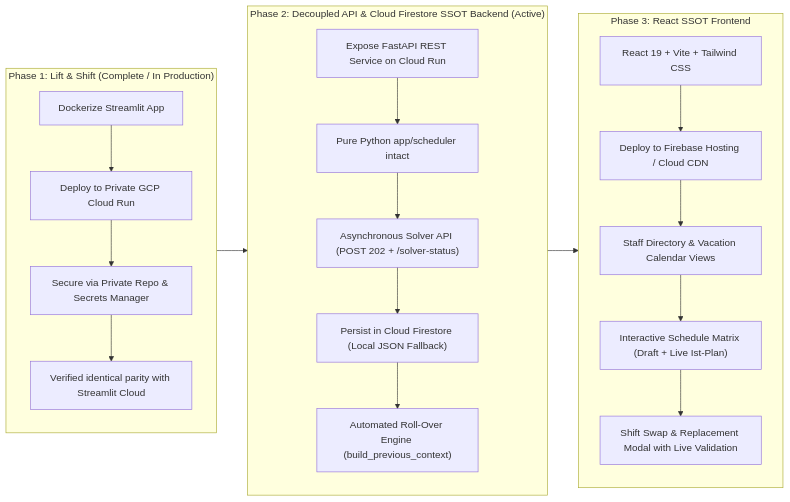
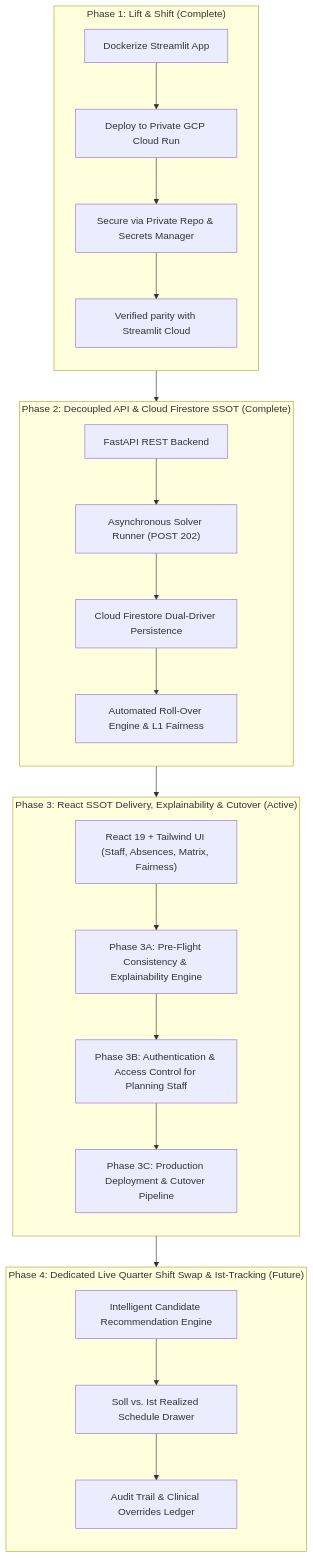
One commit to ekovanda/scheduling changed the second of 6 diagrams in documentation/PRDs/PRD_gcp_cloud_run_migration_and_modernization.md. Above: the diagram before and after it, drawn with Mermaid. The commit also changed other lines of this file and 15 other files, not shown here.

First line of the commit message:
feat: add pre-flight feasibility engine, solver diagnostics, and bump to v1.10.0

````diff
--- a/documentation/PRDs/PRD_gcp_cloud_run_migration_and_modernization.md
+++ b/documentation/PRDs/PRD_gcp_cloud_run_migration_and_modernization.md
@@ -99,27 +99,31 @@
 ```mermaid
-flowchart LR
-    subgraph Phase1["Phase 1: Lift & Shift (Complete / In Production)"]
+flowchart TD
+    subgraph Phase1["Phase 1: Lift & Shift (Complete)"]
         direction TB
         A1["Dockerize Streamlit App"] --> A2["Deploy to Private GCP Cloud Run"]
         A2 --> A3["Secure via Private Repo & Secrets Manager"]
-        A3 --> A4["Verified identical parity with Streamlit Cloud"]
+        A3 --> A4["Verified parity with Streamlit Cloud"]
     end
 
-    subgraph Phase2["Phase 2: Decoupled API & Cloud Firestore SSOT Backend (Active)"]
+    subgraph Phase2["Phase 2: Decoupled API & Cloud Firestore SSOT (Complete)"]
         direction TB
-        B1["Expose FastAPI REST Service on Cloud Run"] --> B2["Pure Python app/scheduler intact"]
-        B2 --> B3["Asynchronous Solver API (POST 202 + /solver-status)"]
-        B3 --> B4["Persist in Cloud Firestore (Local JSON Fallback)"]
-        B4 --> B5["Automated Roll-Over Engine (build_previous_context)"]
+        B1["FastAPI REST Backend"] --> B2["Asynchronous Solver Runner (POST 202)"]
+        B2 --> B3["Cloud Firestore Dual-Driver Persistence"]
+        B3 --> B4["Automated Roll-Over Engine & L1 Fairness"]
     end
 
-    subgraph Phase3["Phase 3: React SSOT Frontend"]
+    subgraph Phase3["Phase 3: React SSOT Delivery, Explainability & Cutover (Active)"]
         direction TB
-        C1["React 19 + Vite + Tailwind CSS"] --> C2["Deploy to Firebase Hosting / Cloud CDN"]
-        C2 --> C3["Staff Directory & Vacation Calendar Views"]
-        C3 --> C4["Interactive Schedule Matrix (Draft + Live Ist-Plan)"]
-        C4 --> C5["Shift Swap & Replacement Modal with Live Validation"]
+        C1["React 19 + Tailwind UI (Staff, Absences, Matrix, Fairness)"] --> C2["Phase 3A: Pre-Flight Consistency & Explainability Engine"]
+        C2 --> C3["Phase 3B: Authentication & Access Control for Planning Staff"]
+        C3 --> C4["Phase 3C: Production Deployment & Cutover Pipeline"]
     end
 
-    Phase1 --> Phase2 --> Phase3
+    subgraph Phase4["Phase 4: Dedicated Live Quarter Shift Swap & Ist-Tracking (Future)"]
+        direction TB
+        D1["Intelligent Candidate Recommendation Engine"] --> D2["Soll vs. Ist Realized Schedule Drawer"]
+        D2 --> D3["Audit Trail & Clinical Overrides Ledger"]
+    end
+
+    Phase1 --> Phase2 --> Phase3 --> Phase4
 ```
````
